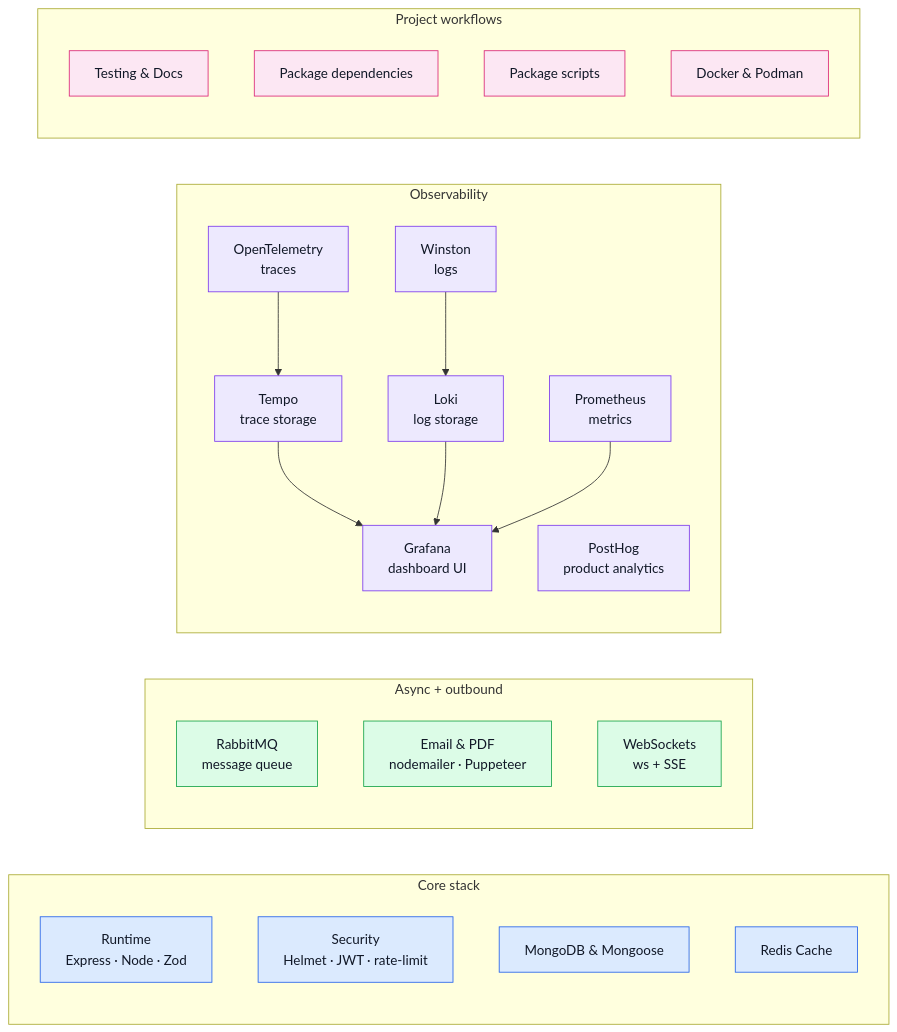
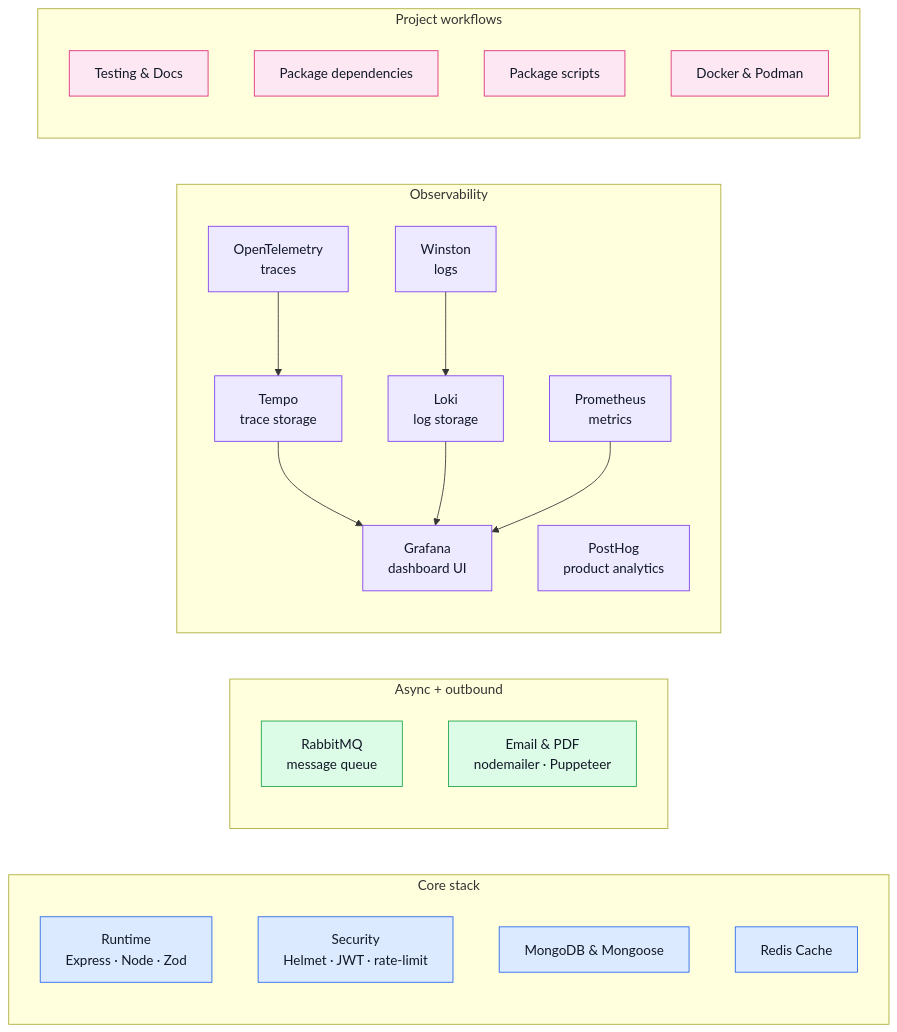
One commit to Guebbit/boilerplate-node-backend changed the diagram in docs/tools/index.md. Above: the diagram before and after it, drawn with Mermaid. The commit also changed other lines of this file and 47 other files, not shown here.

````diff
--- a/docs/tools/index.md
+++ b/docs/tools/index.md
@@ -9,46 +9,45 @@
 ```mermaid
 %%{init: {'flowchart': {'nodeSpacing': 55, 'rankSpacing': 75}}}%%
 flowchart LR
     subgraph Core["Core stack"]
         Runtime[Runtime\nExpress · Node · Zod]
         Security[Security\nHelmet · JWT · rate-limit]
         Mongo[MongoDB & Mongoose]
         Redis[Redis Cache]
     end
 
     subgraph Async["Async + outbound"]
         Rabbit[RabbitMQ\nmessage queue]
         Mail[Email & PDF\nnodemailer · Puppeteer]
-        Ws[WebSockets\nws + SSE]
     end
 
     subgraph Obs["Observability"]
         Winston[Winston\nlogs]
         Prometheus[Prometheus\nmetrics]
         OTel[OpenTelemetry\ntraces]
         Tempo[Tempo\ntrace storage]
         Loki[Loki\nlog storage]
         Grafana[Grafana\ndashboard UI]
         PostHog[PostHog\nproduct analytics]
     end
 
     subgraph Project["Project workflows"]
         Testing[Testing & Docs]
         Dependencies[Package dependencies]
         Scripts[Package scripts]
         Containers[Docker & Podman]
     end
 
     OTel --> Tempo --> Grafana
     Winston --> Loki --> Grafana
     Prometheus --> Grafana
 
     classDef core fill:#dbeafe,stroke:#2563eb,color:#111827;
     classDef async fill:#dcfce7,stroke:#16a34a,color:#111827;
     classDef obs fill:#ede9fe,stroke:#7c3aed,color:#111827;
     classDef project fill:#fce7f3,stroke:#db2777,color:#111827;
     class Runtime,Security,Mongo,Redis core;
-    class Rabbit,Mail,Ws async;
+    class Rabbit,Mail async;
     class Winston,Prometheus,OTel,Tempo,Loki,Grafana,PostHog obs;
     class Testing,Dependencies,Scripts,Containers project;
 ```
````
